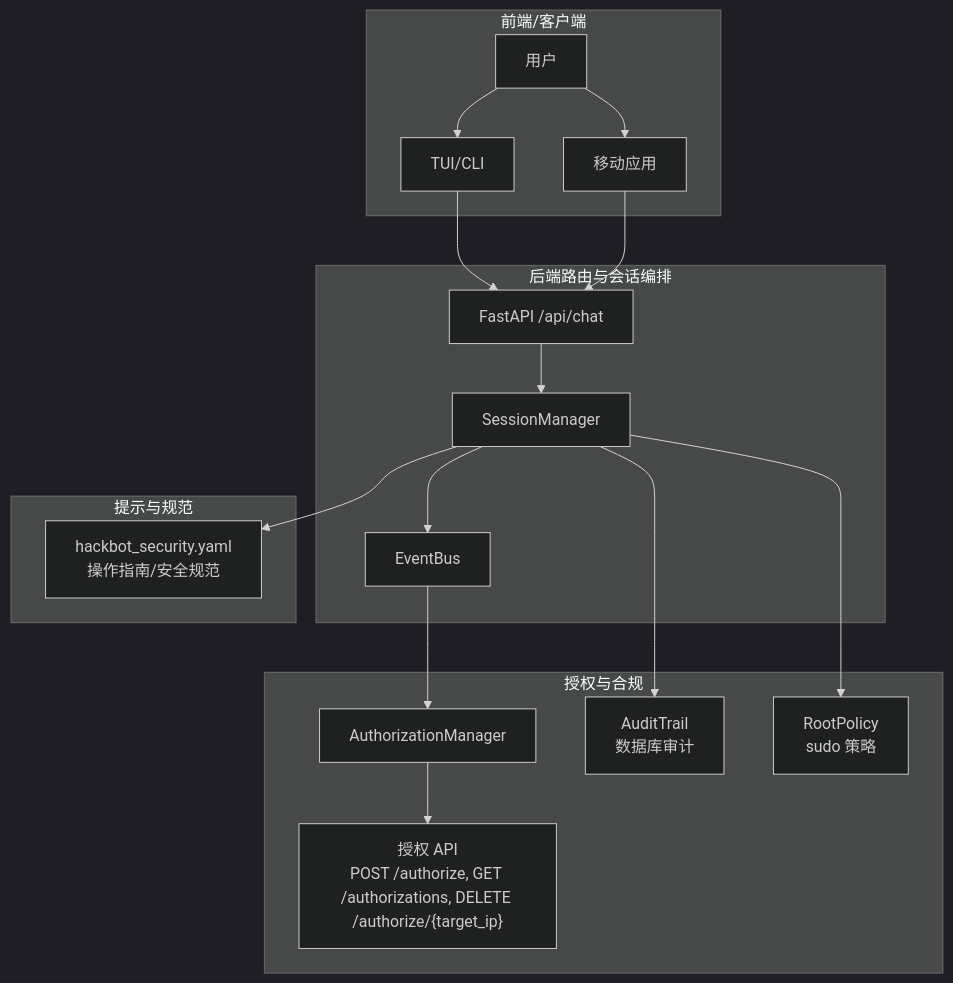
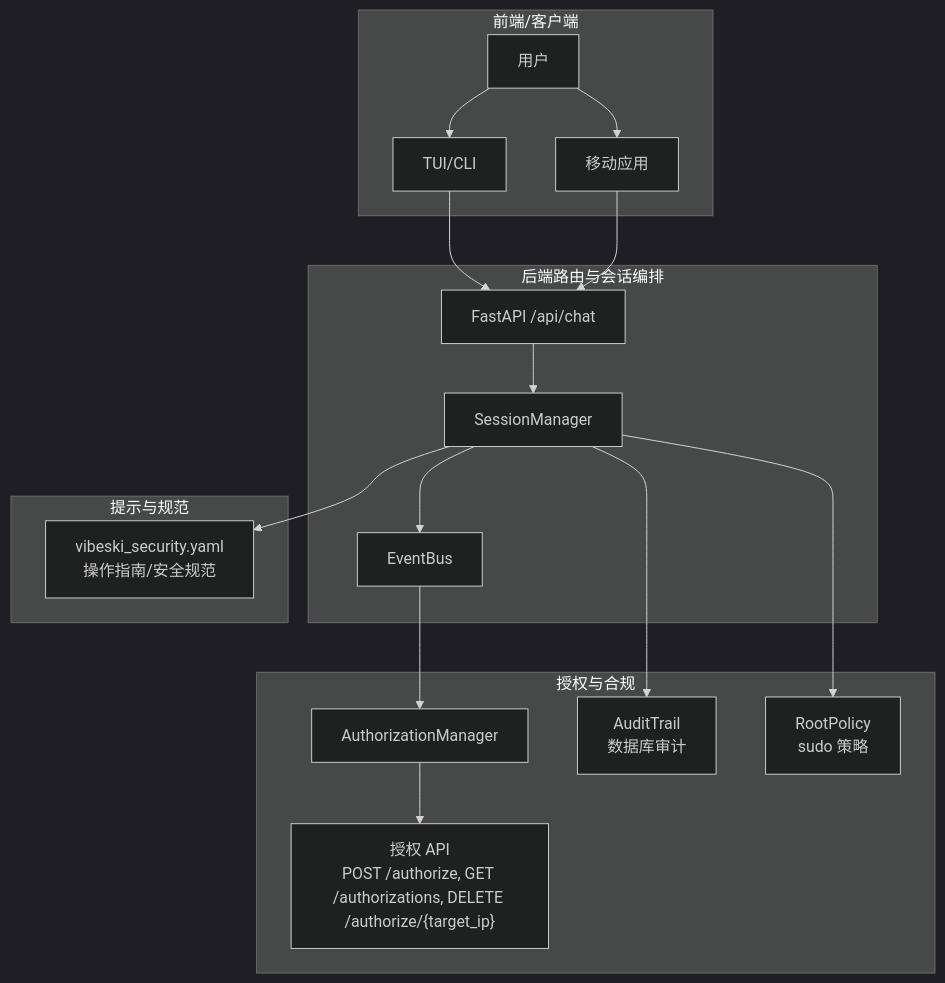
One commit to crabin/VIBESKI changed the second of 6 diagrams in .qoder/repowiki/zh/content/项目概述/法律合规与安全警告.md. Above: the diagram before and after it, drawn with Mermaid (dark theme). The commit also changed other lines of this file and 170 other files, not shown here.

Commit message:
chore: rename all secbot/hackbot identifiers to vibeski

````diff
--- a/.qoder/repowiki/zh/content/项目概述/法律合规与安全警告.md
+++ b/.qoder/repowiki/zh/content/项目概述/法律合规与安全警告.md
@@ -85,33 +85,33 @@
 ```mermaid
 graph TB
 subgraph "前端/客户端"
 U["用户"]
 TUI["TUI/CLI"]
 APP["移动应用"]
 end
 subgraph "后端路由与会话编排"
 API["FastAPI /api/chat"]
 SM["SessionManager"]
 EB["EventBus"]
 end
 subgraph "授权与合规"
 AM["AuthorizationManager"]
 AUTH_API["授权 API<br/>POST /authorize, GET /authorizations, DELETE /authorize/{target_ip}"]
 AUDIT["AuditTrail<br/>数据库审计"]
 ROOT["RootPolicy<br/>sudo 策略"]
 end
 subgraph "提示与规范"
-PROMPT["hackbot_security.yaml<br/>操作指南/安全规范"]
+PROMPT["vibeski_security.yaml<br/>操作指南/安全规范"]
 end
 U --> TUI
 U --> APP
 TUI --> API
 APP --> API
 API --> SM
 SM --> EB
 EB --> AM
 AM --> AUTH_API
 SM --> AUDIT
 SM --> ROOT
 SM --> PROMPT
 ```
````
